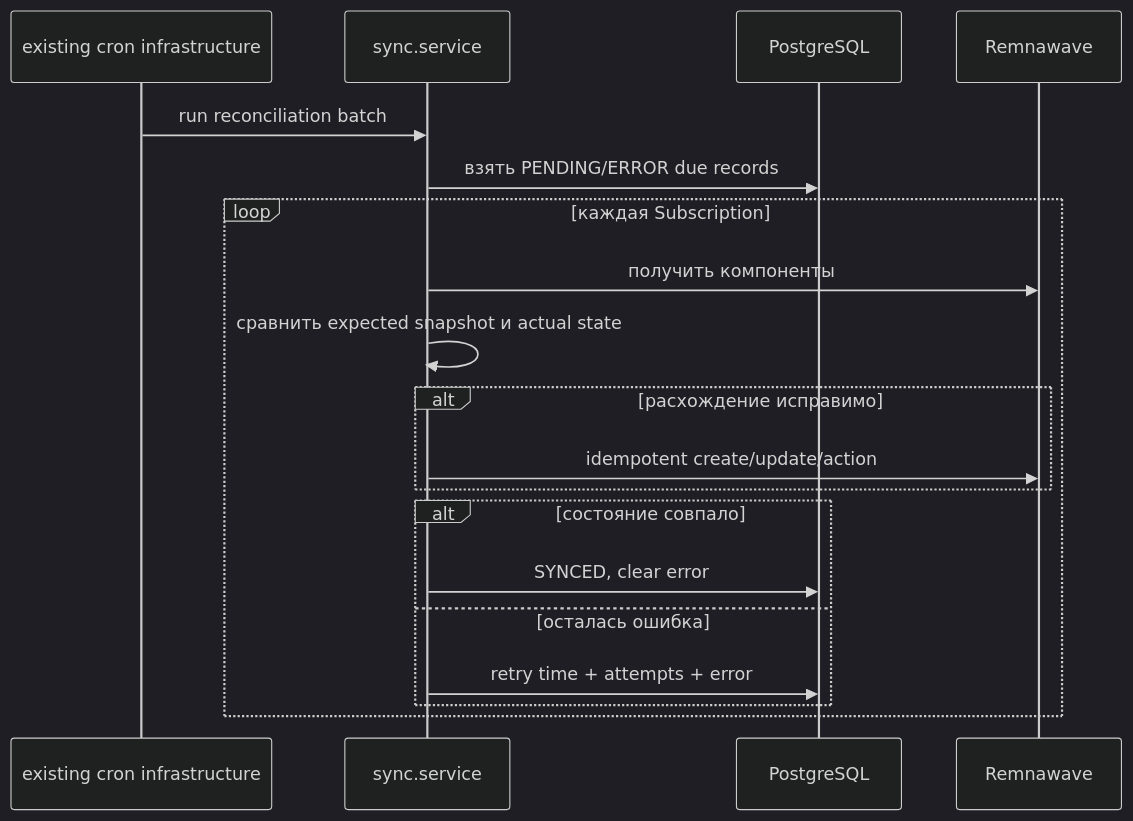
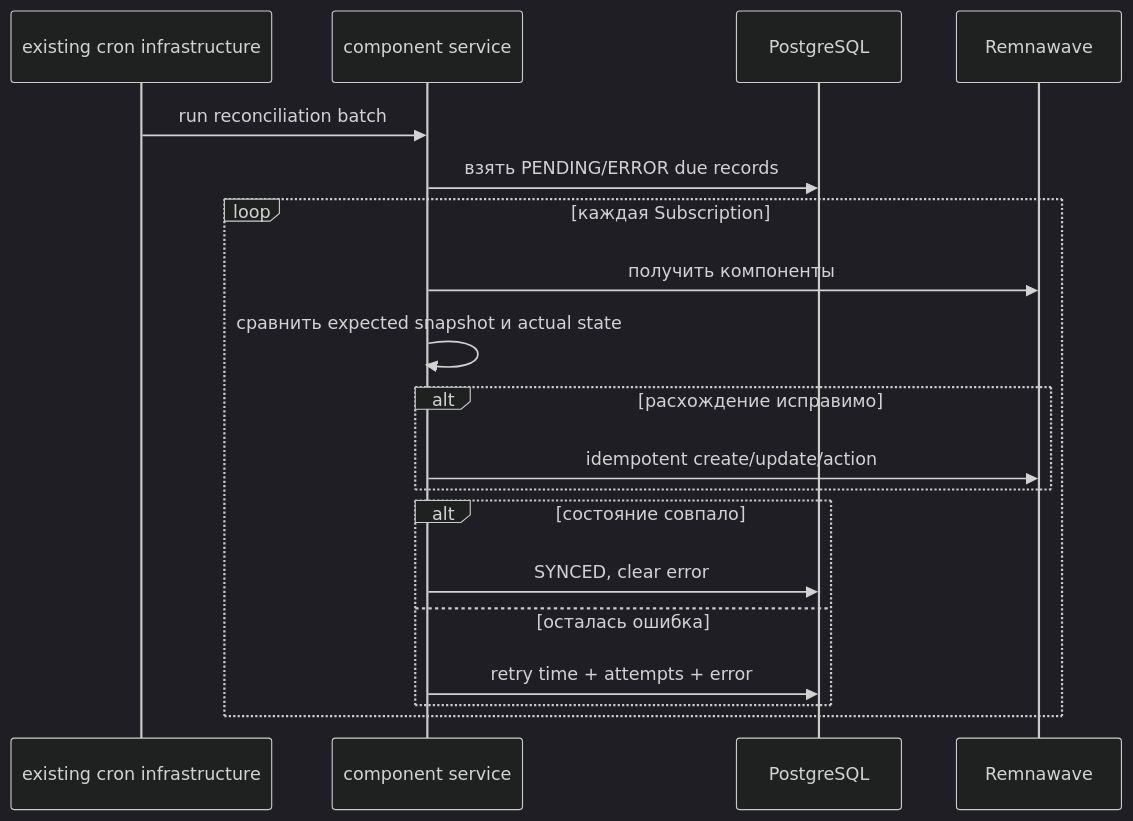
One commit to zxzum/remnawave-STEALTHNET-Bot changed the fifth of 6 diagrams in docs/ARCHITECTURE_COMPOSITE_SUBSCRIPTIONS.md. Above: the diagram before and after it, drawn with Mermaid (dark theme). The commit also changed other lines of this file and 23 other files, not shown here.

````diff
--- a/docs/ARCHITECTURE_COMPOSITE_SUBSCRIPTIONS.md
+++ b/docs/ARCHITECTURE_COMPOSITE_SUBSCRIPTIONS.md
@@ -526,22 +535,22 @@
 ```mermaid
 sequenceDiagram
     participant CRON as existing cron infrastructure
-    participant SYNC as sync.service
+    participant SYNC as component service
     participant DB as PostgreSQL
     participant R as Remnawave
 
     CRON->>SYNC: run reconciliation batch
     SYNC->>DB: взять PENDING/ERROR due records
     loop каждая Subscription
         SYNC->>R: получить компоненты
         SYNC->>SYNC: сравнить expected snapshot и actual state
         alt расхождение исправимо
             SYNC->>R: idempotent create/update/action
         end
         alt состояние совпало
             SYNC->>DB: SYNCED, clear error
         else осталась ошибка
             SYNC->>DB: retry time + attempts + error
         end
     end
 ```
````
